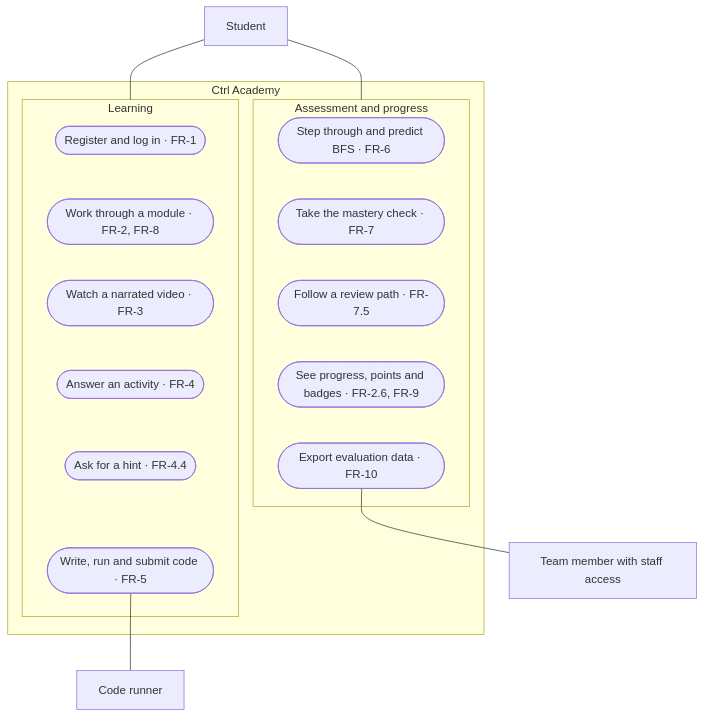
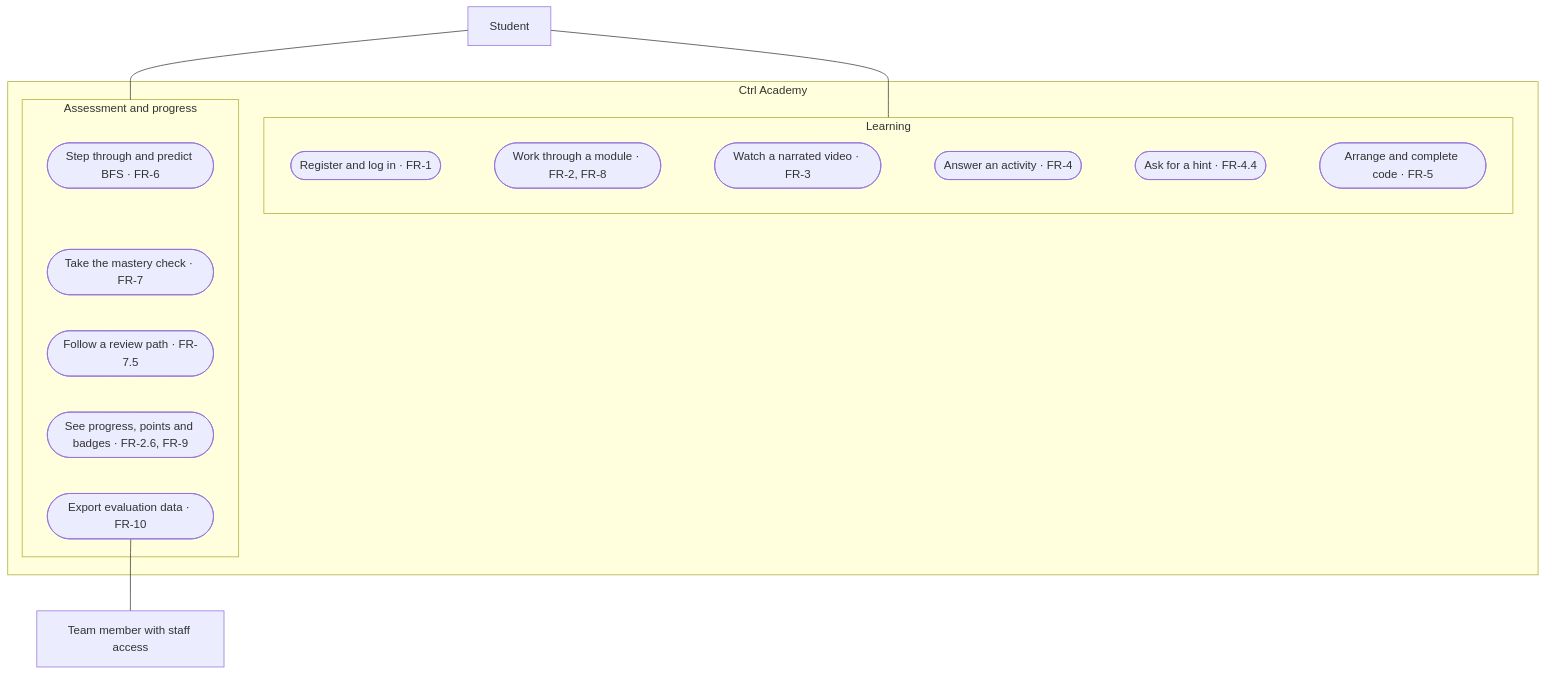
The third of 4 diagrams in docs/se/se-document.md (ctrl-group-cos750/cos750-project), drawn with Mermaid before and after one commit. The commit also changed other lines of this file and 26 other files, not shown here.

````diff
--- a/docs/se/se-document.md
+++ b/docs/se/se-document.md
@@ -323,16 +317,15 @@
 ```mermaid
 flowchart TB
     student[Student]
     subgraph app[Ctrl Academy]
         subgraph learn[Learning]
-            uc1([Register and log in · FR-1]) ~~~ uc2([Work through a module · FR-2, FR-8]) ~~~ uc3([Watch a narrated video · FR-3]) ~~~ uc4([Answer an activity · FR-4]) ~~~ uc5([Ask for a hint · FR-4.4]) ~~~ uc6([Write, run and submit code · FR-5])
+            uc1([Register and log in · FR-1]) ~~~ uc2([Work through a module · FR-2, FR-8]) ~~~ uc3([Watch a narrated video · FR-3]) ~~~ uc4([Answer an activity · FR-4]) ~~~ uc5([Ask for a hint · FR-4.4]) ~~~ uc6([Arrange and complete code · FR-5])
         end
         subgraph assess[Assessment and progress]
             uc7([Step through and predict BFS · FR-6]) ~~~ uc8([Take the mastery check · FR-7]) ~~~ uc9([Follow a review path · FR-7.5]) ~~~ uc10([See progress, points and badges · FR-2.6, FR-9]) ~~~ uc11([Export evaluation data · FR-10])
         end
     end
     student --- learn
     student --- assess
-    uc6 --- runner[Code runner]
     uc11 --- staff[Team member with staff access]
 ```
````
